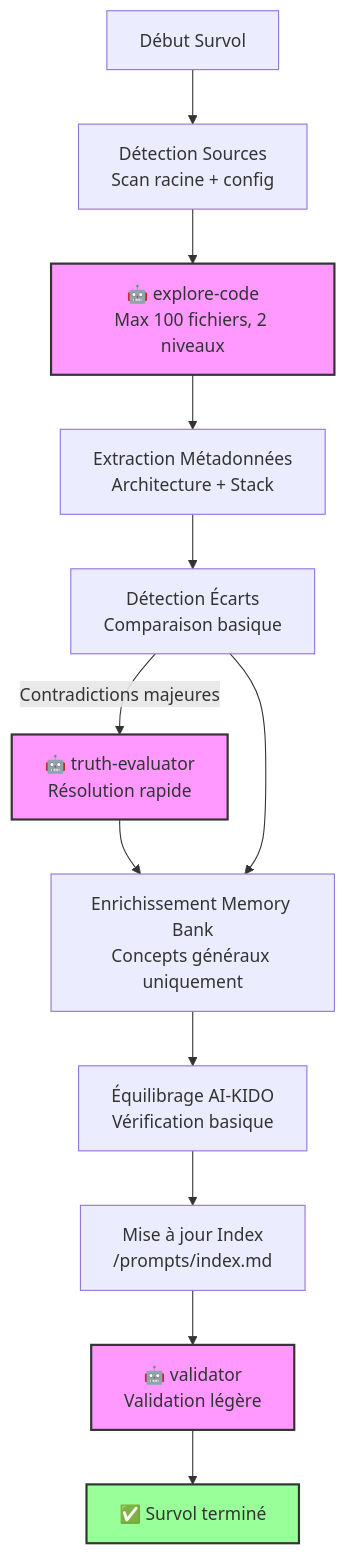
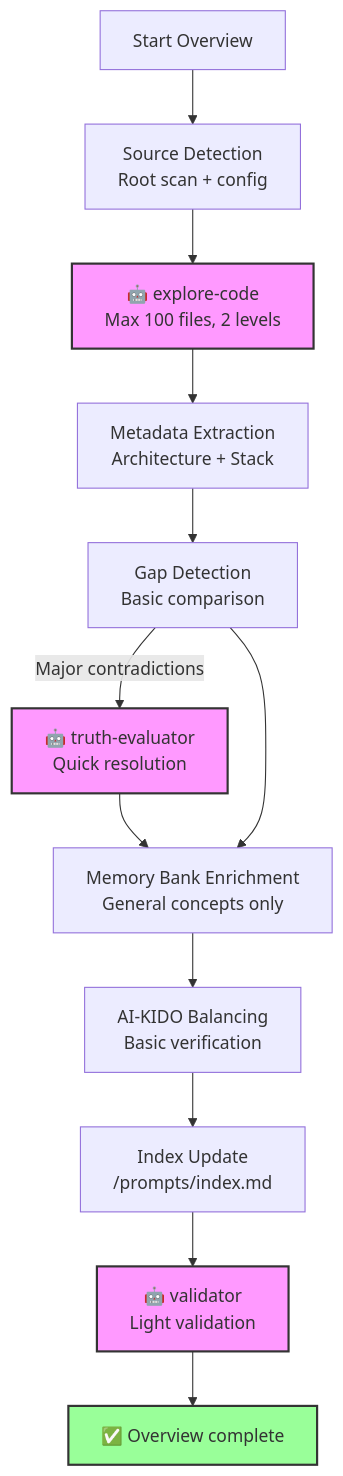
Before and after one commit to lcalmejane/aikido: the diagram in prompts/hard_points/system/analyse/plans/plan-survol.md, drawn with Mermaid. The commit also changed other lines of this file and 159 other files, not shown here.

````diff
--- a/prompts/hard_points/system/analyse/plans/plan-survol.md
+++ b/prompts/hard_points/system/analyse/plans/plan-survol.md
@@ -200,23 +200,23 @@
 ```mermaid
 graph TB
-    START[Début Survol] --> DETECT[Détection Sources<br/>Scan racine + config]
-    DETECT --> SCAN[🤖 explore-code<br/>Max 100 fichiers, 2 niveaux]
+    START[Start Overview] --> DETECT[Source Detection<br/>Root scan + config]
+    DETECT --> SCAN[🤖 explore-code<br/>Max 100 files, 2 levels]
 
-    SCAN --> EXTRACT[Extraction Métadonnées<br/>Architecture + Stack]
-    EXTRACT --> GAPS[Détection Écarts<br/>Comparaison basique]
+    SCAN --> EXTRACT[Metadata Extraction<br/>Architecture + Stack]
+    EXTRACT --> GAPS[Gap Detection<br/>Basic comparison]
 
-    GAPS -->|Contradictions majeures| TRUTH[🤖 truth-evaluator<br/>Résolution rapide]
+    GAPS -->|Major contradictions| TRUTH[🤖 truth-evaluator<br/>Quick resolution]
     TRUTH --> ENRICH
-    GAPS --> ENRICH[Enrichissement Memory Bank<br/>Concepts généraux uniquement]
+    GAPS --> ENRICH[Memory Bank Enrichment<br/>General concepts only]
 
-    ENRICH --> BALANCE[Équilibrage AI-KIDO<br/>Vérification basique]
-    BALANCE --> INDEX[Mise à jour Index<br/>/prompts/index.md]
+    ENRICH --> BALANCE[AI-KIDO Balancing<br/>Basic verification]
+    BALANCE --> INDEX[Index Update<br/>/prompts/index.md]
 
-    INDEX --> VALIDATE[🤖 validator<br/>Validation légère]
-    VALIDATE --> END[✅ Survol terminé]
+    INDEX --> VALIDATE[🤖 validator<br/>Light validation]
+    VALIDATE --> END[✅ Overview complete]
 
     style SCAN fill:#f9f,stroke:#333,stroke-width:2px
     style TRUTH fill:#f9f,stroke:#333,stroke-width:2px
     style VALIDATE fill:#f9f,stroke:#333,stroke-width:2px
     style END fill:#9f9,stroke:#333,stroke-width:2px
 ```
````
